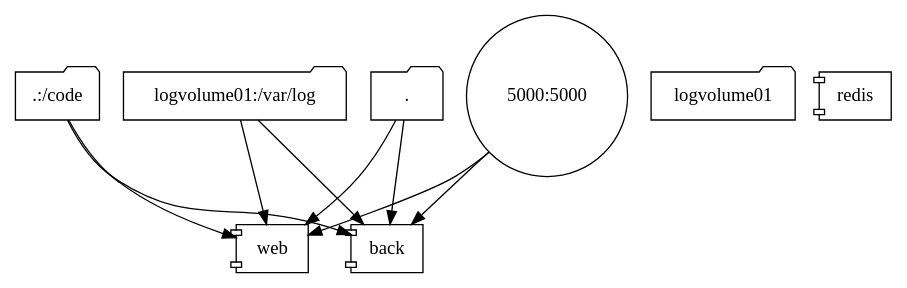
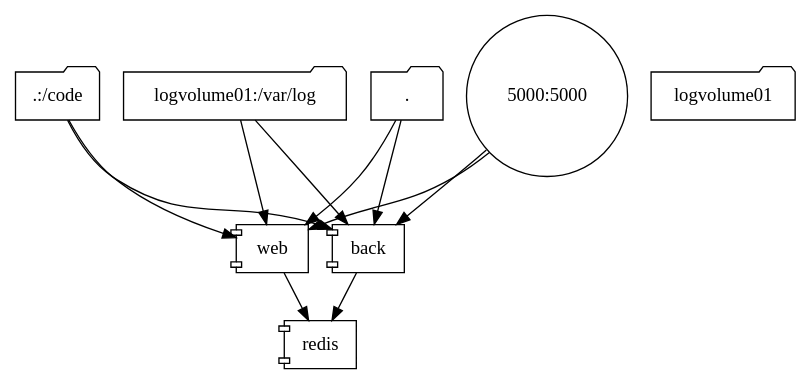
One commit to victorsalaun/docker-compose-visualizer changed the diagram in examples/docker-compose.dot. Above: the diagram before and after it, drawn with Graphviz. The commit also changed 2 other files, not shown here.

```diff
--- a/examples/docker-compose.dot
+++ b/examples/docker-compose.dot
@@ -1,19 +1,21 @@
 digraph docker_compose {
 	"."->"web";
 	"5000:5000"->"web";
 	".:/code"->"web";
 	"logvolume01:/var/log"->"web";
+	"web"->"redis";
 	"."->"back";
 	"5000:5000"->"back";
 	".:/code"->"back";
 	"logvolume01:/var/log"->"back";
+	"back"->"redis";
 	"." [ shape=folder ];
 	".:/code" [ shape=folder ];
 	"5000:5000" [ shape=circle ];
 	"back" [ shape=component ];
 	"logvolume01" [ shape=folder ];
 	"logvolume01:/var/log" [ shape=folder ];
 	"redis" [ shape=component ];
 	"web" [ shape=component ];
 
 }
```
